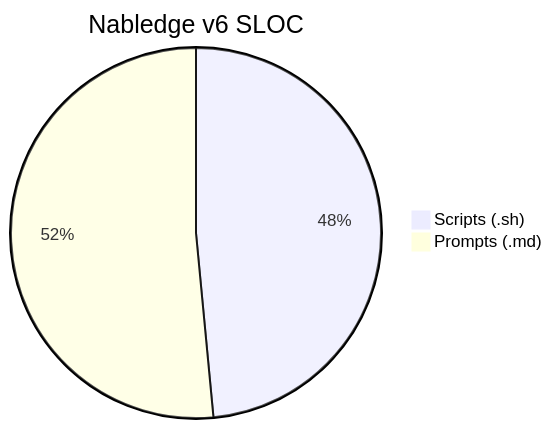
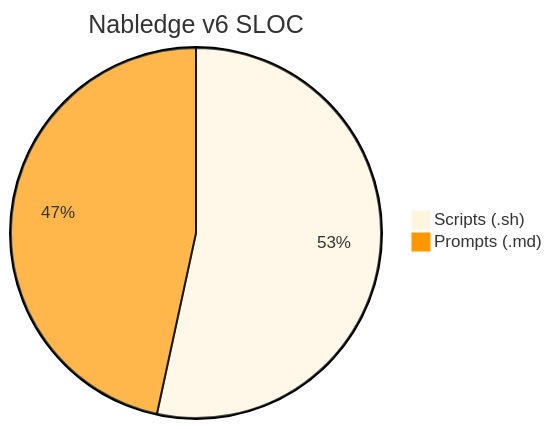
Before and after one commit to nablarch/nabledge-dev: the ninth of 14 diagrams in docs/metrics.md, drawn with Mermaid. The commit also changed other lines of this file and 2 other files, not shown here.

````diff
--- a/docs/metrics.md
+++ b/docs/metrics.md
@@ -129,5 +132,6 @@
 ```mermaid
+%%{init: {'theme': 'base', 'themeVariables': {'pie2': '#FF9800'}}}%%
 pie title Nabledge v6 SLOC
-  "Scripts (.sh)" : 951
-  "Prompts (.md)" : 1010
+  "Scripts (.sh)" : 1056
+  "Prompts (.md)" : 922
 ```
````
